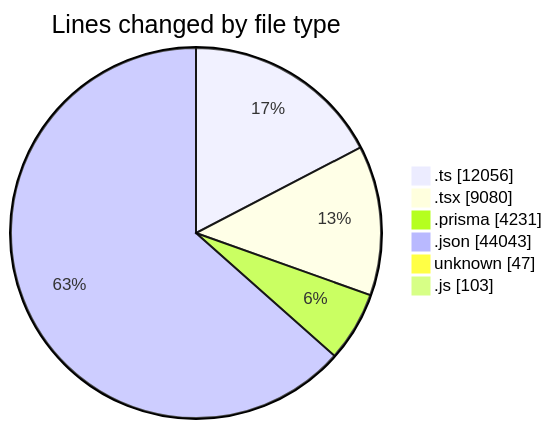
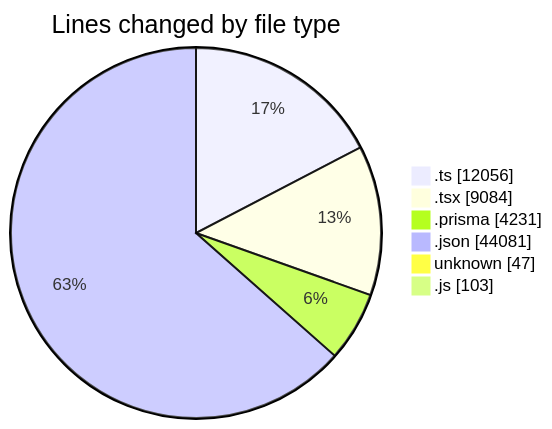
One commit to CELIANVF/code-tracking changed the first of 2 diagrams in 2025-05-19/ecodeli-1/README.md. Above: the diagram before and after it, drawn with Mermaid. The commit also changed other lines of this file and 1 other file, not shown here.

````diff
--- a/2025-05-19/ecodeli-1/README.md
+++ b/2025-05-19/ecodeli-1/README.md
@@ -90,10 +90,10 @@
 ```mermaid
 pie showData
 title Lines changed by file type
 ".ts" : 12056
-".tsx" : 9080
+".tsx" : 9084
 ".prisma" : 4231
-".json" : 44043
+".json" : 44081
 "unknown" : 47
 ".js" : 103
 ```
````
